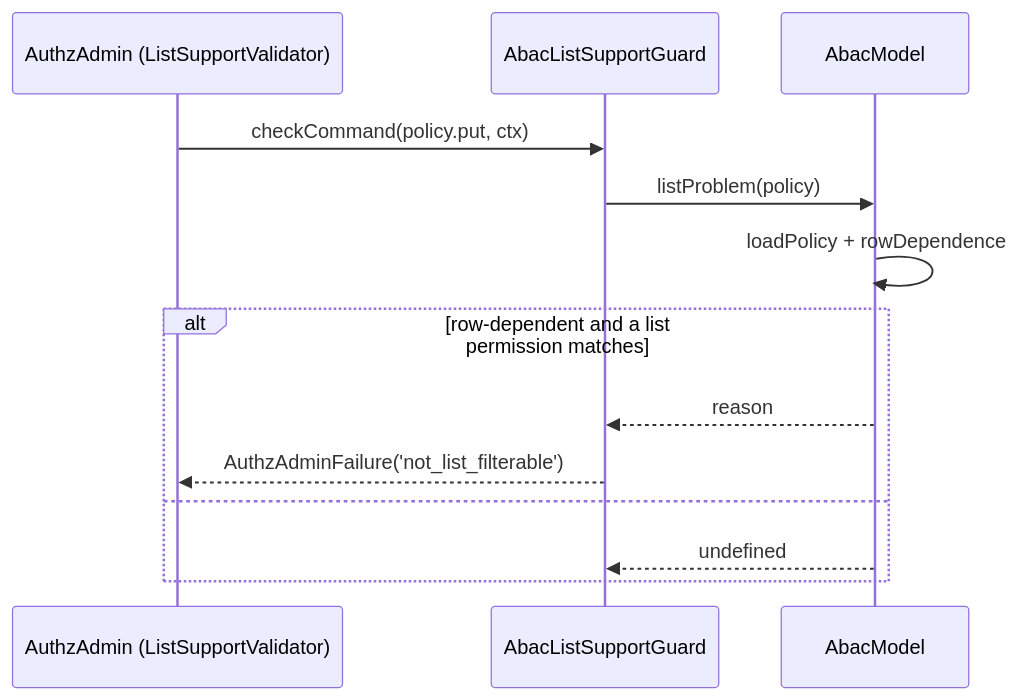
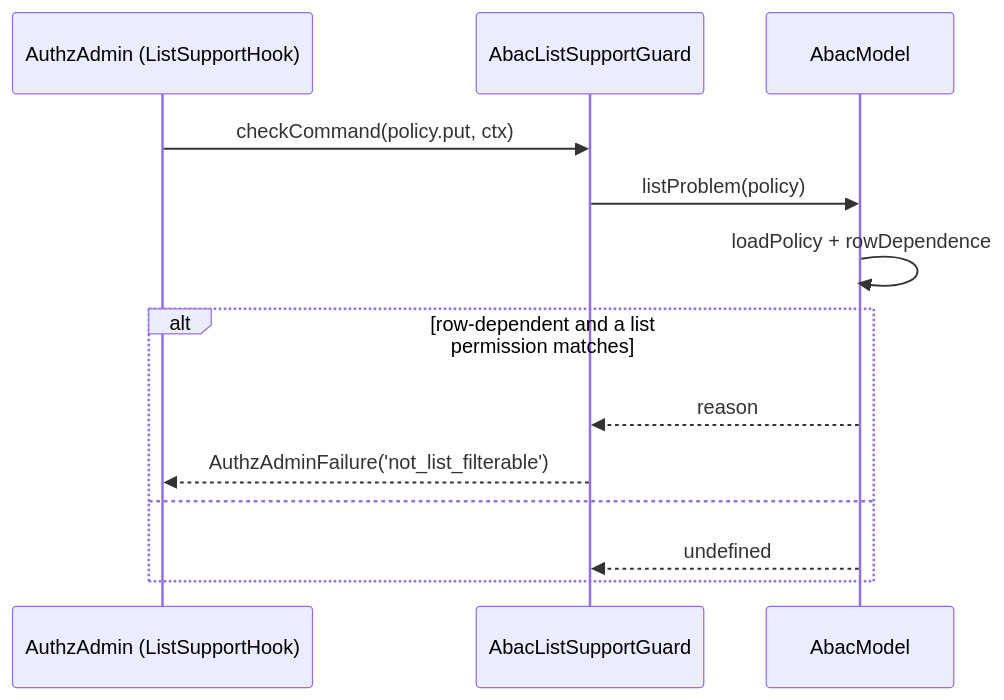
One commit to spinajs/main changed the diagram in docs/authz-abac/04-lists.md. Above: the diagram before and after it, drawn with Mermaid. The commit also changed other lines of this file and 20 other files, not shown here.

First line of the commit message:
docs: impersonation start, list-support and session-start hooks

````diff
--- a/docs/authz-abac/04-lists.md
+++ b/docs/authz-abac/04-lists.md
@@ -34,15 +34,15 @@
 ```mermaid
 sequenceDiagram
-  participant A as AuthzAdmin (ListSupportValidator)
+  participant A as AuthzAdmin (ListSupportHook)
   participant G as AbacListSupportGuard
   participant M as AbacModel
   A->>G: checkCommand(policy.put, ctx)
   G->>M: listProblem(policy)
   M->>M: loadPolicy + rowDependence
   alt row-dependent and a list permission matches
     M-->>G: reason
     G-->>A: AuthzAdminFailure('not_list_filterable')
   else
     M-->>G: undefined
   end
 ```
````
